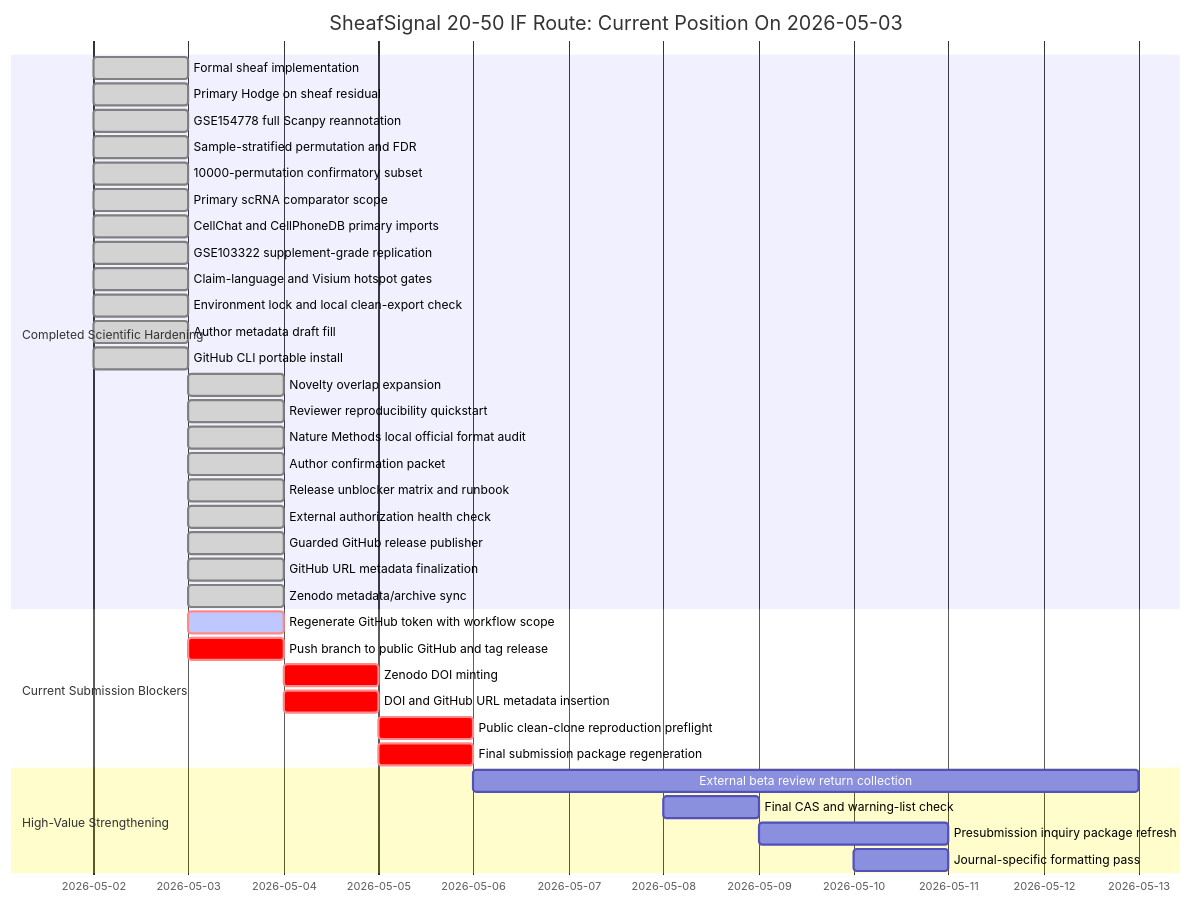
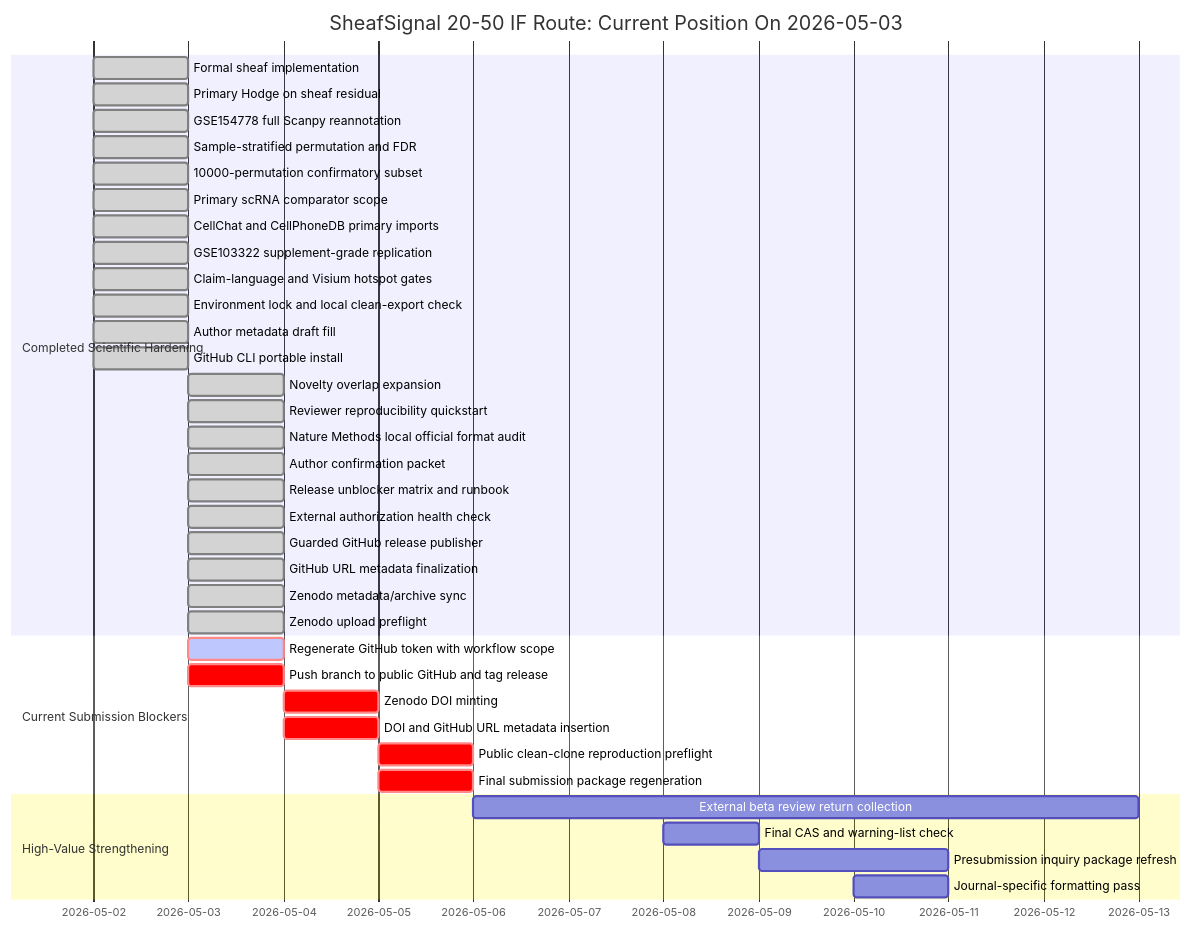
Before and after one commit to healthgreat/SheafSignal: the diagram in manuscript/SHEAFSIGNAL_STATUS_DASHBOARD_2026-05-03.md, drawn with Mermaid. The commit also changed other lines of this file and 11 other files, not shown here.

Commit message:
Add Zenodo upload preflight

````diff
--- a/manuscript/SHEAFSIGNAL_STATUS_DASHBOARD_2026-05-03.md
+++ b/manuscript/SHEAFSIGNAL_STATUS_DASHBOARD_2026-05-03.md
@@ -118,42 +121,43 @@
 ```mermaid
 gantt
     title SheafSignal 20-50 IF Route: Current Position On 2026-05-03
     dateFormat  YYYY-MM-DD
 
     section Completed Scientific Hardening
     Formal sheaf implementation                    :done, 2026-05-02, 1d
     Primary Hodge on sheaf residual                :done, 2026-05-02, 1d
     GSE154778 full Scanpy reannotation             :done, 2026-05-02, 1d
     Sample-stratified permutation and FDR          :done, 2026-05-02, 1d
     10000-permutation confirmatory subset          :done, 2026-05-02, 1d
     Primary scRNA comparator scope                 :done, 2026-05-02, 1d
     CellChat and CellPhoneDB primary imports       :done, 2026-05-02, 1d
     GSE103322 supplement-grade replication         :done, 2026-05-02, 1d
     Claim-language and Visium hotspot gates        :done, 2026-05-02, 1d
     Environment lock and local clean-export check  :done, 2026-05-02, 1d
     Author metadata draft fill                     :done, 2026-05-02, 1d
     GitHub CLI portable install                    :done, 2026-05-02, 1d
     Novelty overlap expansion                      :done, 2026-05-03, 1d
     Reviewer reproducibility quickstart            :done, 2026-05-03, 1d
     Nature Methods local official format audit     :done, 2026-05-03, 1d
     Author confirmation packet                     :done, 2026-05-03, 1d
     Release unblocker matrix and runbook           :done, 2026-05-03, 1d
     External authorization health check            :done, 2026-05-03, 1d
     Guarded GitHub release publisher              :done, 2026-05-03, 1d
     GitHub URL metadata finalization               :done, 2026-05-03, 1d
     Zenodo metadata/archive sync                   :done, 2026-05-03, 1d
+    Zenodo upload preflight                        :done, 2026-05-03, 1d
 
     section Current Submission Blockers
     Regenerate GitHub token with workflow scope    :crit, active, 2026-05-03, 1d
     Push branch to public GitHub and tag release   :crit, 2026-05-03, 1d
     Zenodo DOI minting                             :crit, 2026-05-04, 1d
     DOI and GitHub URL metadata insertion          :crit, 2026-05-04, 1d
     Public clean-clone reproduction preflight      :crit, 2026-05-05, 1d
     Final submission package regeneration          :crit, 2026-05-05, 1d
 
     section High-Value Strengthening
     External beta review return collection         :2026-05-06, 7d
     Final CAS and warning-list check               :2026-05-08, 1d
     Presubmission inquiry package refresh          :2026-05-09, 2d
     Journal-specific formatting pass               :2026-05-10, 1d
 ```
````
